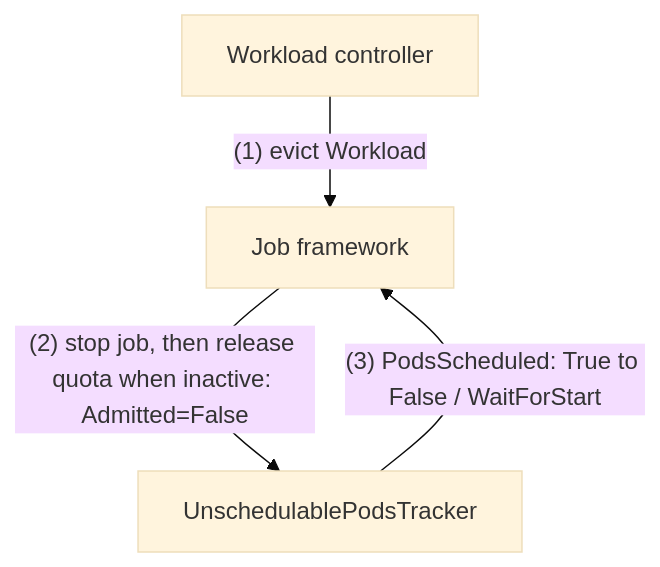
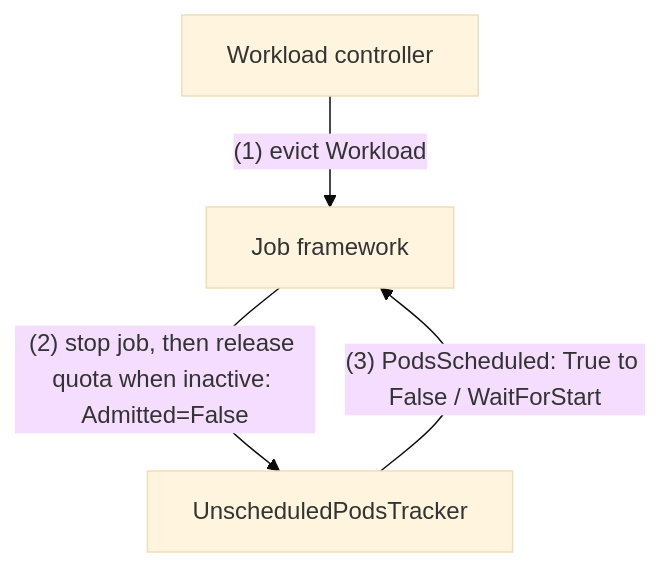
The second of 2 diagrams in keps/13502-unscheduled-pods-timeout/README.md (kubernetes-sigs/kueue), drawn with Mermaid (base theme) before and after one commit. The commit also changed other lines of this file and 1 other file, not shown here.

````diff
--- a/keps/13502-unscheduled-pods-timeout/README.md
+++ b/keps/13502-unscheduled-pods-timeout/README.md
@@ -148,6 +151,6 @@
 ```mermaid
 graph TD
     Workloads[Workload controller] -->|"(1) evict Workload"| Jobs[Job framework]
-    Jobs -->|"(2) stop job, then release quota when inactive: Admitted=False"| Tracker[UnschedulablePodsTracker]
+    Jobs -->|"(2) stop job, then release quota when inactive: Admitted=False"| Tracker[UnscheduledPodsTracker]
     Tracker -->|"(3) PodsScheduled: True to False / WaitForStart"| Jobs
 ```
````
